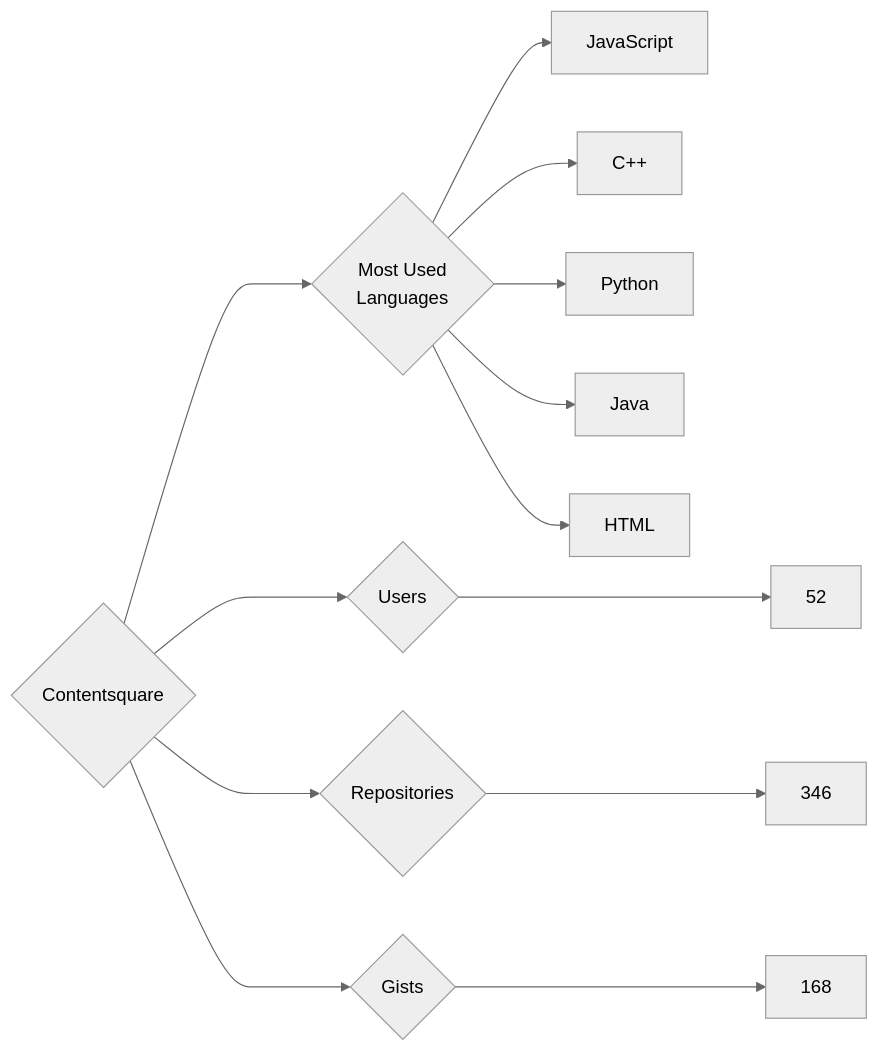
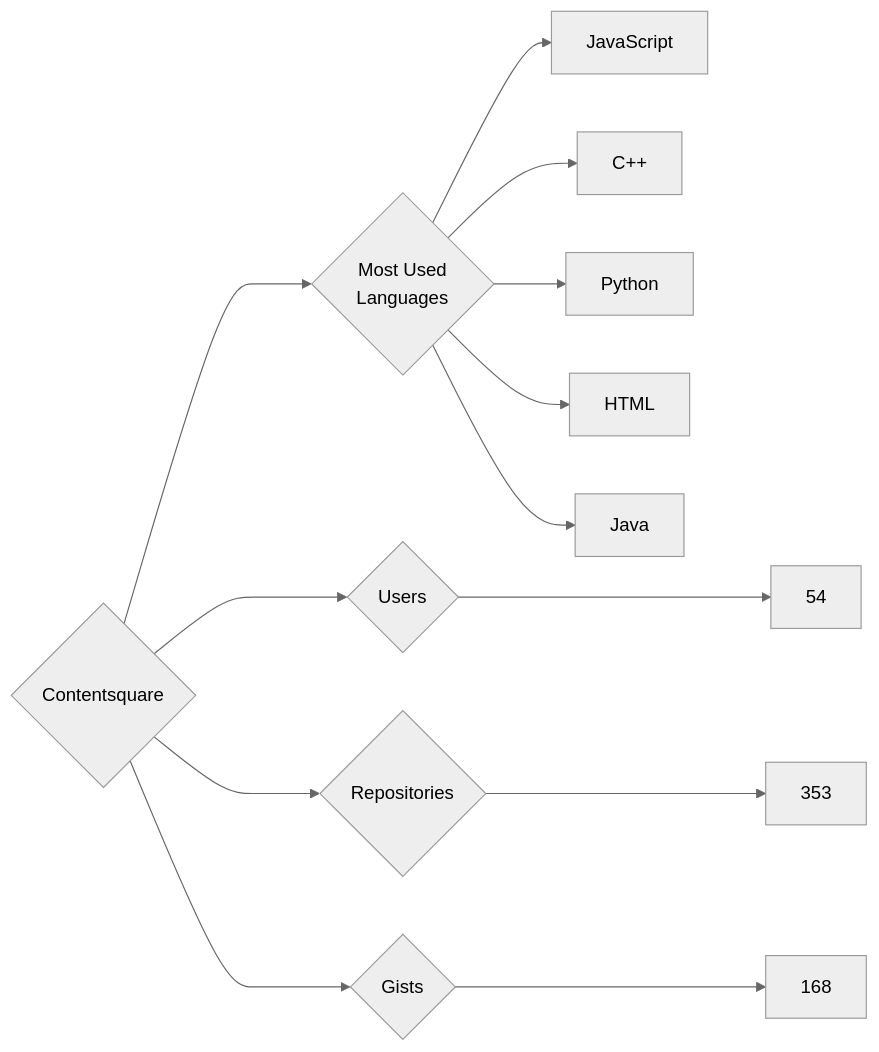
The diagram in targets/Contentsquare/README.md (trickest/insiders), drawn with Mermaid (neutral theme) before and after one commit. The commit also changed 1007 other files, not shown here.

````diff
--- a/targets/Contentsquare/README.md
+++ b/targets/Contentsquare/README.md
@@ -3,13 +3,13 @@
 ```mermaid
 graph LR
 COMPANY_NAME{Contentsquare}
-COMPANY_NAME ---> U{Users} ---> UN[52]
-COMPANY_NAME ---> R{Repositories} ---> RN[346]
+COMPANY_NAME ---> U{Users} ---> UN[54]
+COMPANY_NAME ---> R{Repositories} ---> RN[353]
 COMPANY_NAME ---> G{Gists} ---> GN[168]
 COMPANY_NAME ---> ML{Most Used<br>Languages}
 ML --> JavaScript[JavaScript]
 ML --> C++[C++]
 ML --> Python[Python]
+ML --> HTML[HTML]
 ML --> Java[Java]
-ML --> HTML[HTML]
 ```
````
